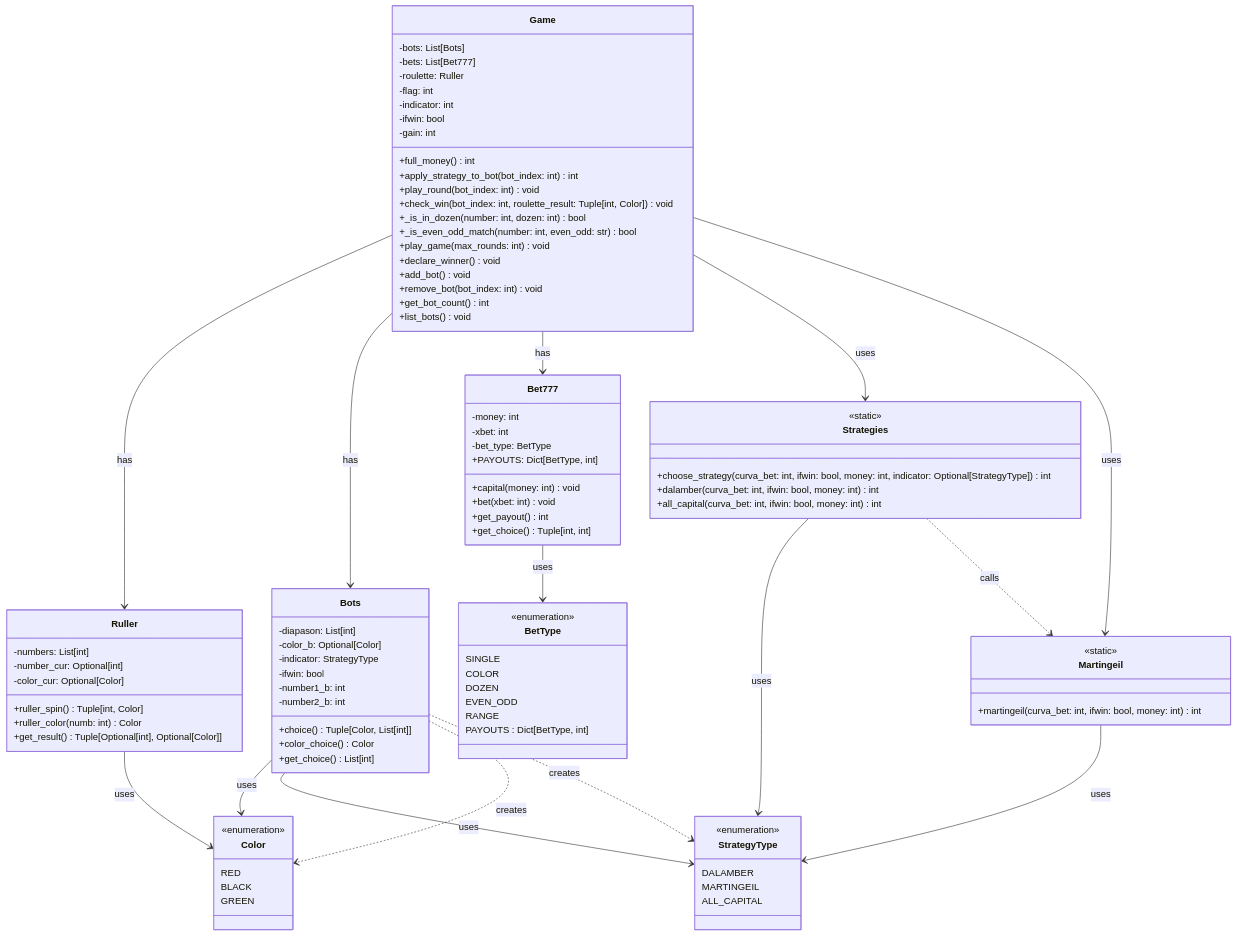
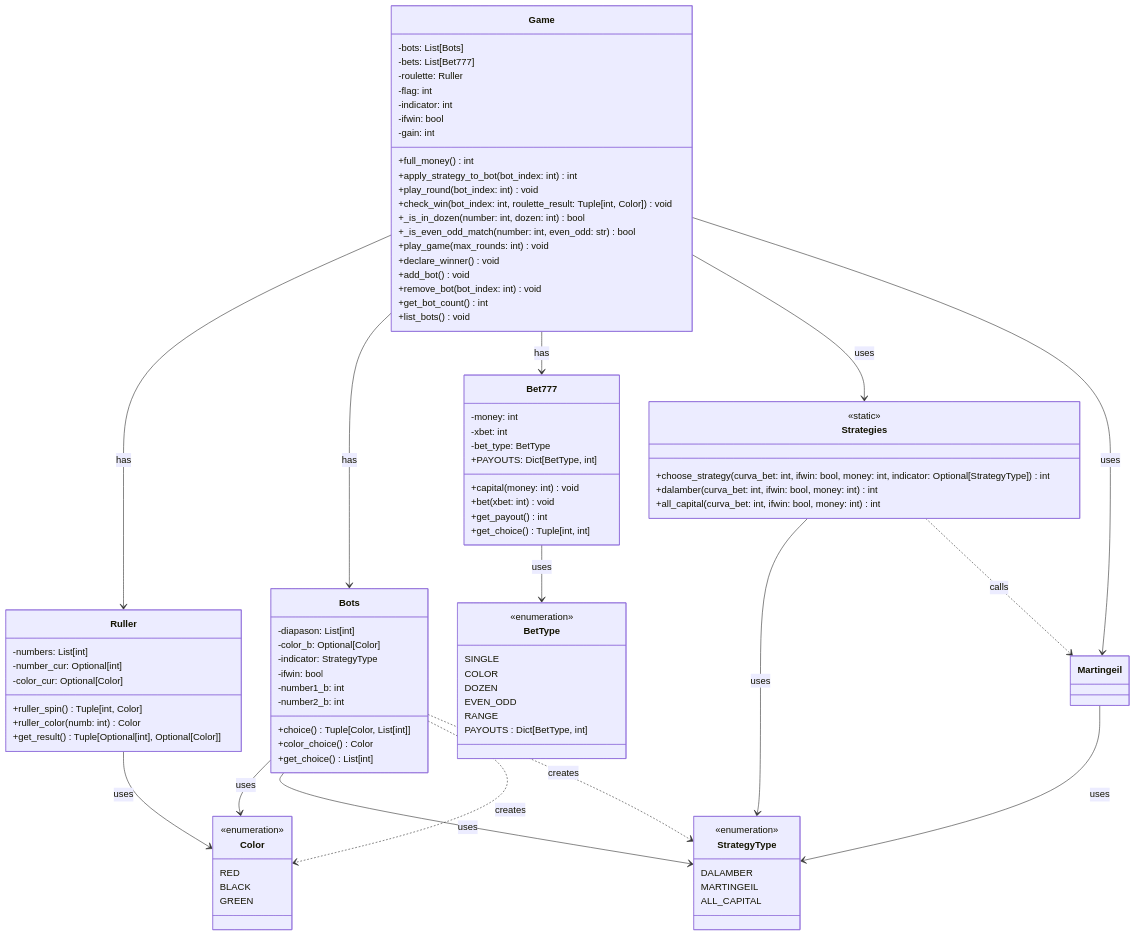
Before and after one commit to Blaukitty/spbu-python-course: the diagram in project/diagram_classes.mermaid, drawn with Mermaid.

```diff
--- a/project/diagram_classes.mermaid
+++ b/project/diagram_classes.mermaid
@@ -1,110 +1,105 @@
 classDiagram
     %% Enumerations
     class StrategyType {
         <<enumeration>>
         DALAMBER
         MARTINGEIL
         ALL_CAPITAL
     }
 
     class Color {
         <<enumeration>>
         RED
         BLACK
         GREEN
     }
 
     class BetType {
         <<enumeration>>
         SINGLE
         COLOR
         DOZEN
         EVEN_ODD
         RANGE
         PAYOUTS : Dict[BetType, int]
     }
 
     %% Main Classes
     class Ruller {
         -numbers: List[int]
         -number_cur: Optional[int]
         -color_cur: Optional[Color]
         +ruller_spin() Tuple[int, Color]
         +ruller_color(numb: int) Color
         +get_result() Tuple[Optional[int], Optional[Color]]
     }
 
     class Bots {
         -diapason: List[int]
         -color_b: Optional[Color]
         -indicator: StrategyType
         -ifwin: bool
         -number1_b: int
         -number2_b: int
         +choice() Tuple[Color, List[int]]
         +color_choice() Color
         +get_choice() List[int]
     }
 
     class Bet777 {
         -money: int
         -xbet: int
         -bet_type: BetType
         +PAYOUTS: Dict[BetType, int]
         +capital(money: int) void
         +bet(xbet: int) void
         +get_payout() int
         +get_choice() Tuple[int, int]
     }
 
     class Strategies {
         <<static>>
         +choose_strategy(curva_bet: int, ifwin: bool, money: int, indicator: Optional[StrategyType]) int
         +dalamber(curva_bet: int, ifwin: bool, money: int) int
         +all_capital(curva_bet: int, ifwin: bool, money: int) int
     }
 
-    class Martingeil {
-        <<static>>
-        +martingeil(curva_bet: int, ifwin: bool, money: int) int
-    }
-
     class Game {
         -bots: List[Bots]
         -bets: List[Bet777]
         -roulette: Ruller
         -flag: int
         -indicator: int
         -ifwin: bool
         -gain: int
         +full_money() int
         +apply_strategy_to_bot(bot_index: int) int
         +play_round(bot_index: int) void
         +check_win(bot_index: int, roulette_result: Tuple[int, Color]) void
         +_is_in_dozen(number: int, dozen: int) bool
         +_is_even_odd_match(number: int, even_odd: str) bool
         +play_game(max_rounds: int) void
         +declare_winner() void
         +add_bot() void
         +remove_bot(bot_index: int) void
         +get_bot_count() int
         +list_bots() void
     }
 
     %% Relationships
     Ruller --> Color : uses
     Bots --> Color : uses
     Bots --> StrategyType : uses
     Bet777 --> BetType : uses
     Strategies --> StrategyType : uses
     Martingeil --> StrategyType : uses
     Game --> Ruller : has
     Game --> Bots : has
     Game --> Bet777 : has
     Game --> Strategies : uses
     Game --> Martingeil : uses
 
     %% Dependency relationships
     Strategies ..> Martingeil : calls
     Bots ..> Color : creates
     Bots ..> StrategyType : creates
```
